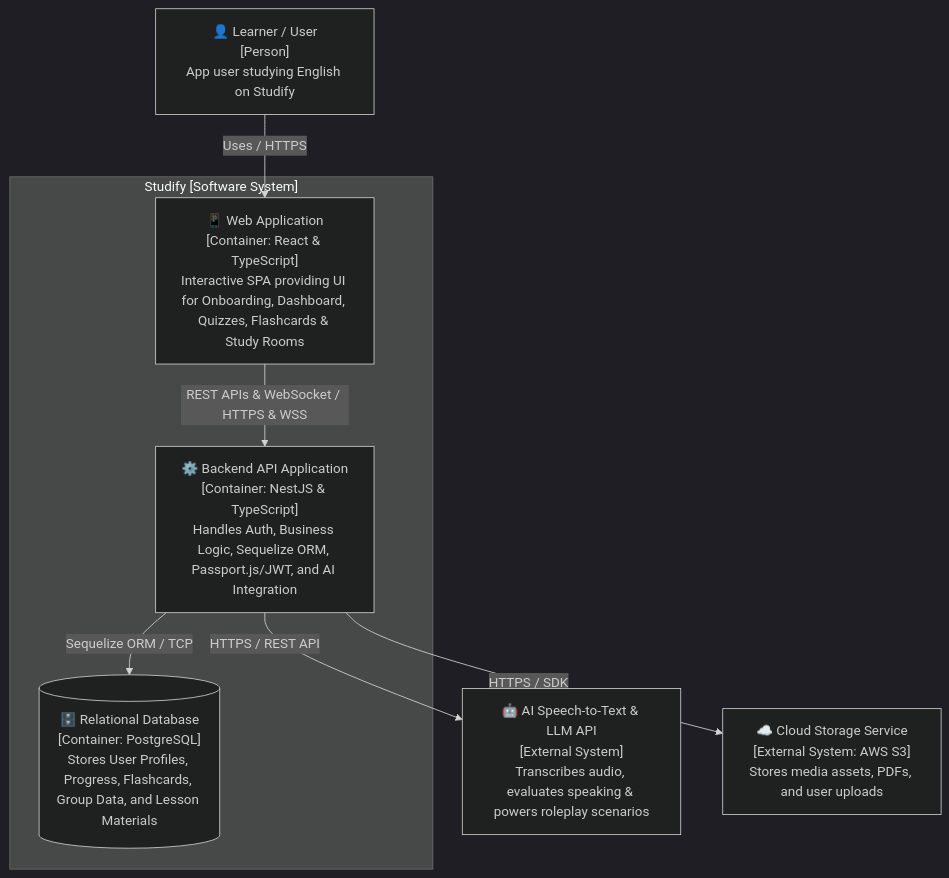
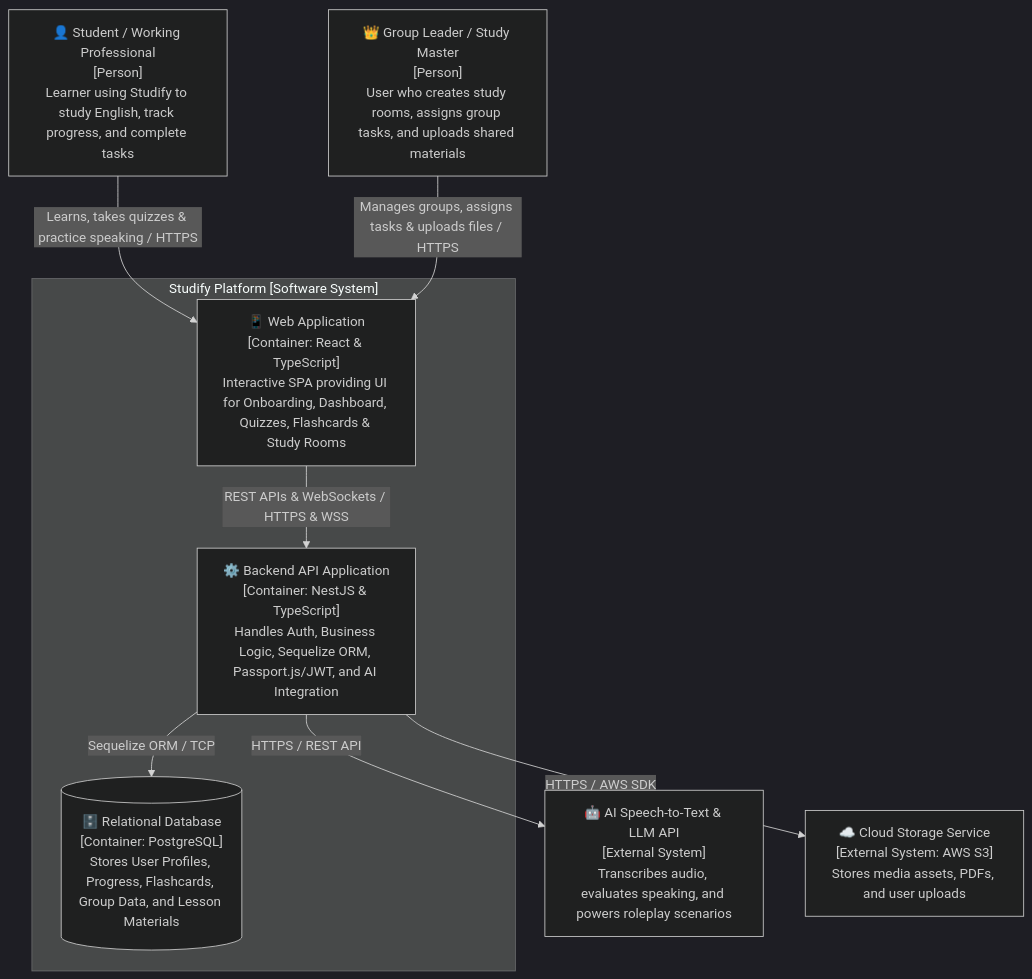
Before and after one commit to mthupham/STUDIFY: the diagram in PA4-Group09/C4 Model - Level 2 (Container Diagram).md, drawn with Mermaid (dark theme). The commit also changed other lines of this file, not shown here.

Commit message:
Redo level 2

````diff
--- a/PA4-Group09/C4 Model - Level 2 (Container Diagram).md
+++ b/PA4-Group09/C4 Model - Level 2 (Container Diagram).md
@@ -1,22 +1,33 @@
-```mermaid
+```mermaid  
 ---
 config:
   layout: dagre
 ---
 graph TB
-    User["👤 Learner / User<br/>[Person]<br/>App user studying English on Studify"]
-    STT_AI["🤖 AI Speech-to-Text & LLM API<br/>[External System]<br/>Transcribes audio, evaluates speaking & powers roleplay scenarios"]
+    %% Actors (Aligned with Level 1 Context Diagram)
+    Student["👤 Student / Working Professional<br/>[Person]<br/>Learner using Studify to study English, track progress, and complete tasks"]
+    Leader["👑 Group Leader / Study Master<br/>[Person]<br/>User who creates study rooms, assigns group tasks, and uploads shared materials"]
+
+    %% External Systems
+    STT_AI["🤖 AI Speech-to-Text & LLM API<br/>[External System]<br/>Transcribes audio, evaluates speaking, and powers roleplay scenarios"]
     S3["☁️ Cloud Storage Service<br/>[External System: AWS S3]<br/>Stores media assets, PDFs, and user uploads"]
-    
-    subgraph SystemBoundary["Studify [Software System]"]
+
+    %% Software System Boundary
+    subgraph SystemBoundary["Studify Platform [Software System]"]
         WA["📱 Web Application<br/>[Container: React & TypeScript]<br/>Interactive SPA providing UI for Onboarding, Dashboard, Quizzes, Flashcards & Study Rooms"]
         API["⚙️ Backend API Application<br/>[Container: NestJS & TypeScript]<br/>Handles Auth, Business Logic, Sequelize ORM, Passport.js/JWT, and AI Integration"]
         DB[("🗄️ Relational Database<br/>[Container: PostgreSQL]<br/>Stores User Profiles, Progress, Flashcards, Group Data, and Lesson Materials")]
     end
 
-    User -->|Uses / HTTPS| WA
-    WA -->|REST APIs & WebSocket / HTTPS & WSS| API
+    %% User Interactions
+    Student -->|Learns, takes quizzes & practice speaking / HTTPS| WA
+    Leader -->|Manages groups, assigns tasks & uploads files / HTTPS| WA
+
+    %% Internal Communication
+    WA -->|REST APIs & WebSockets / HTTPS & WSS| API
     API -->|Sequelize ORM / TCP| DB
+
+    %% External API Communication
     API -->|HTTPS / REST API| STT_AI
-    API -->|HTTPS / SDK| S3
-```  
+    API -->|HTTPS / AWS SDK| S3  
+```
````
